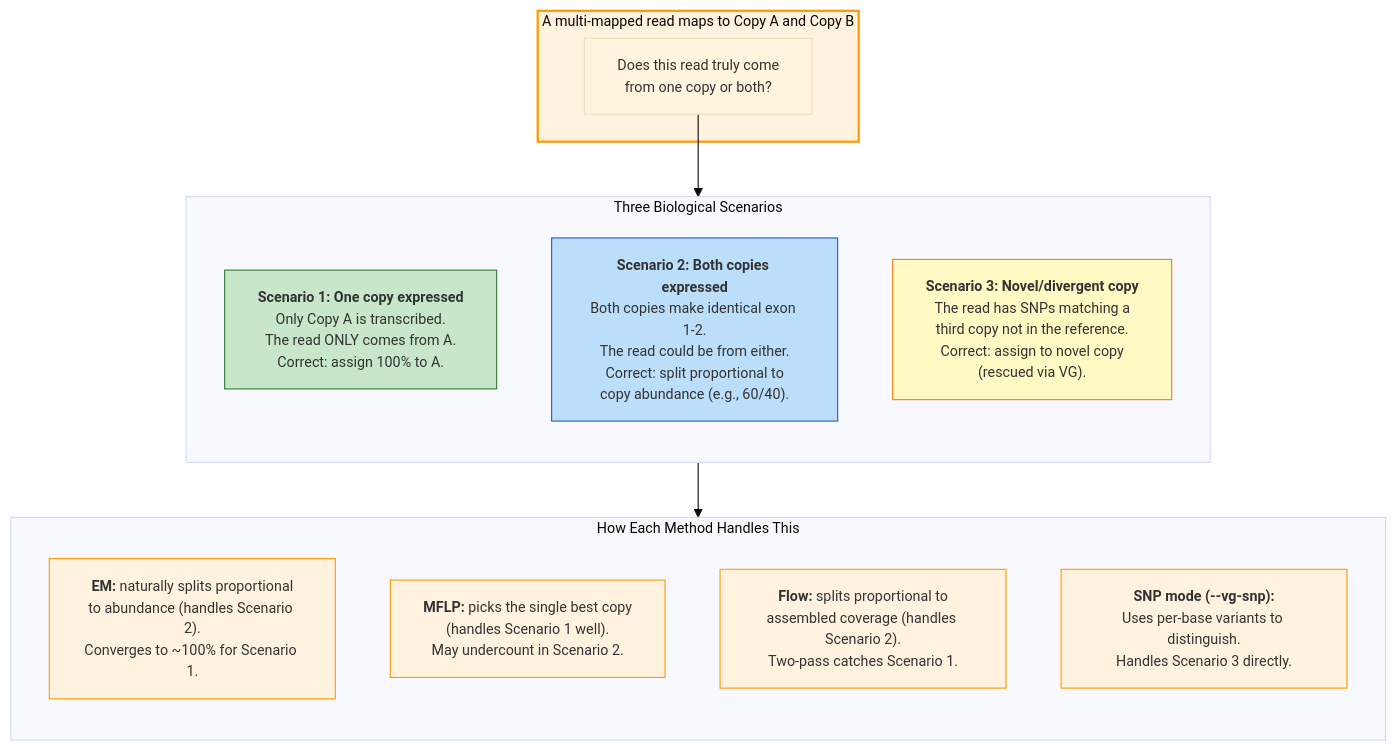
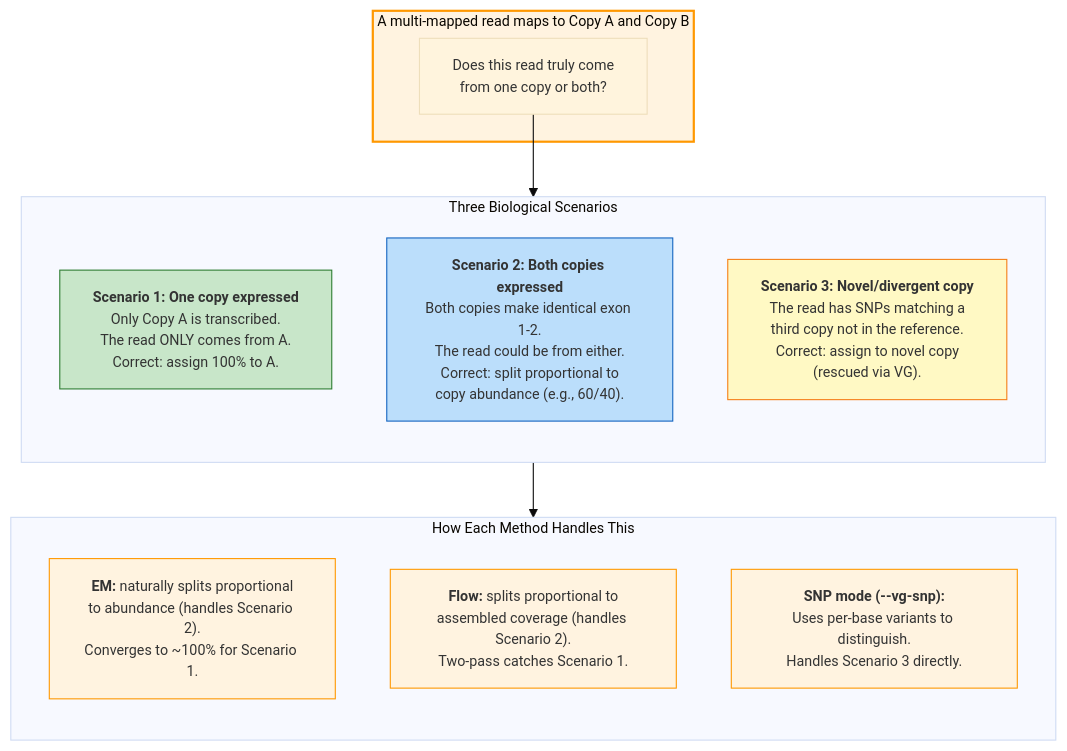
Before and after one commit to juanfraitu1/Rustle: the fourth of 4 diagrams in figures/03_multi_mapping_resolution.md, drawn with Mermaid. The commit also changed other lines of this file and 11 other files, not shown here.

````diff
--- a/figures/03_multi_mapping_resolution.md
+++ b/figures/03_multi_mapping_resolution.md
@@ -183,37 +141,35 @@
 ```mermaid
 %%{init: {'theme': 'base', 'themeVariables': {'fontSize': '13px'}}}%%
 flowchart TD
     subgraph QUESTION["A multi-mapped read maps to Copy A and Copy B"]
         Q["Does this read truly come\nfrom one copy or both?"]
     end
 
     subgraph SCENARIOS["Three Biological Scenarios"]
         direction TB
 
         S1["<b>Scenario 1: One copy expressed</b>\nOnly Copy A is transcribed.\nThe read ONLY comes from A.\nCorrect: assign 100% to A."]
 
         S2["<b>Scenario 2: Both copies expressed</b>\nBoth copies make identical exon 1-2.\nThe read could be from either.\nCorrect: split proportional to\ncopy abundance (e.g., 60/40)."]
 
         S3["<b>Scenario 3: Novel/divergent copy</b>\nThe read has SNPs matching a\nthird copy not in the reference.\nCorrect: assign to novel copy\n(rescued via VG)."]
     end
 
     subgraph METHODS["How Each Method Handles This"]
         direction TB
         ME["<b>EM:</b> naturally splits proportional\nto abundance (handles Scenario 2).\nConverges to ~100% for Scenario 1."]
-        MM["<b>MFLP:</b> picks the single best copy\n(handles Scenario 1 well).\nMay undercount in Scenario 2."]
         MF["<b>Flow:</b> splits proportional to\nassembled coverage (handles Scenario 2).\nTwo-pass catches Scenario 1."]
         MS["<b>SNP mode (--vg-snp):</b>\nUses per-base variants to distinguish.\nHandles Scenario 3 directly."]
     end
 
     Q --> SCENARIOS
     SCENARIOS --> METHODS
 
     style QUESTION fill:#fff3e0,stroke:#FF9800,stroke-width:2px
     style S1 fill:#c8e6c9,stroke:#2E7D32
     style S2 fill:#bbdefb,stroke:#1565C0
     style S3 fill:#fff9c4,stroke:#F57F17
     style ME fill:#fff3e0,stroke:#FF9800
-    style MM fill:#fff3e0,stroke:#FF9800
     style MF fill:#fff3e0,stroke:#FF9800
     style MS fill:#fff3e0,stroke:#FF9800
 ```
````
